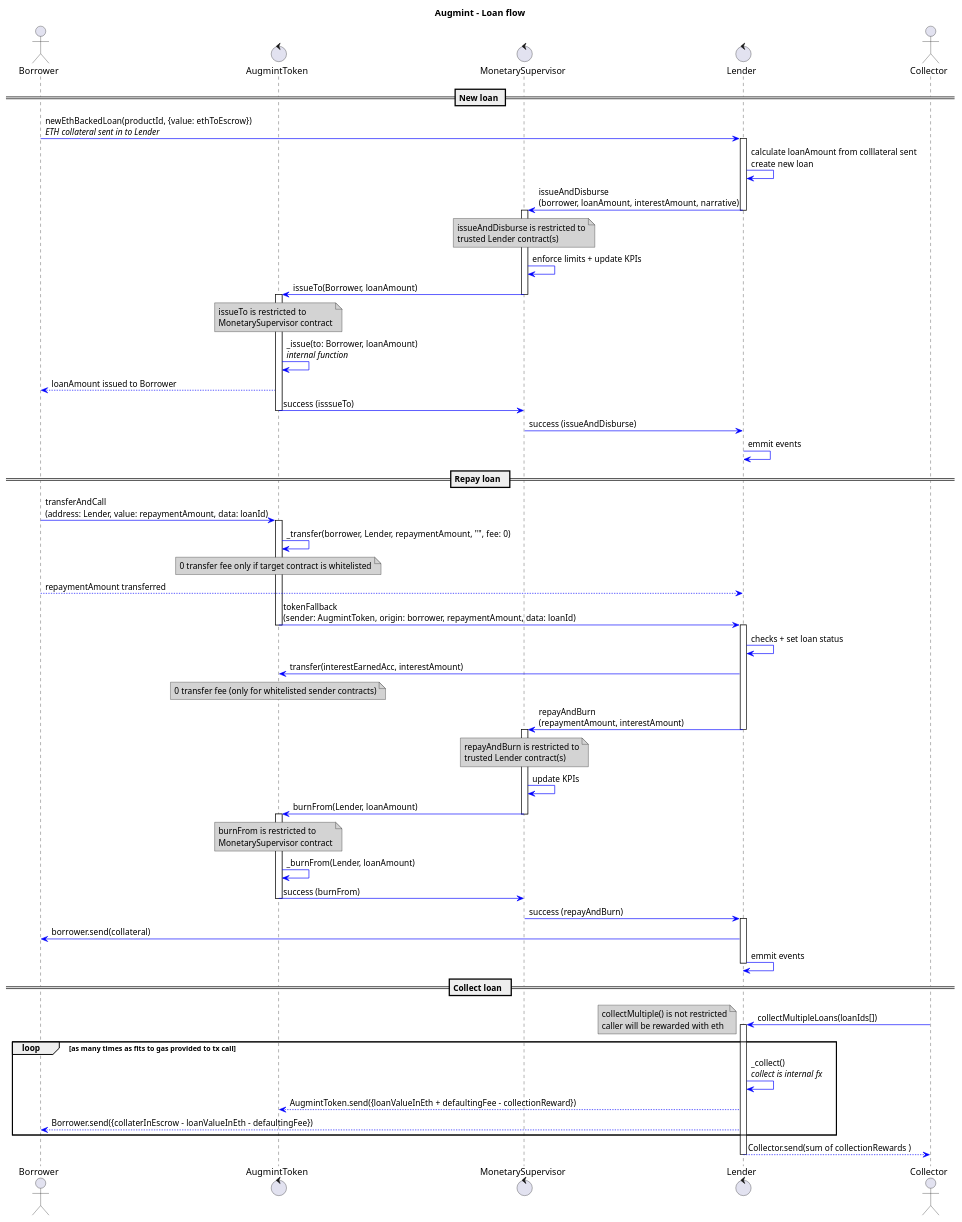
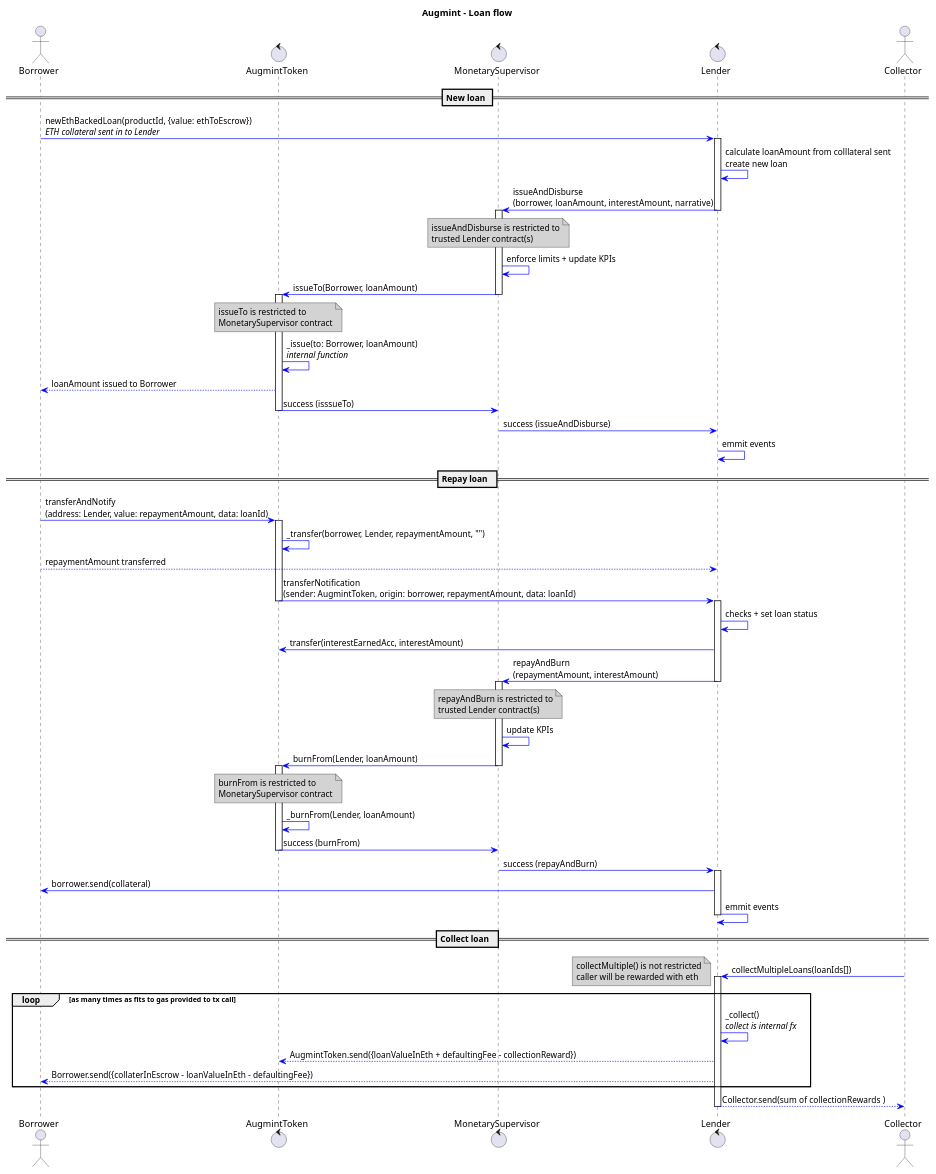
The diagram in docs/loanFlow.plantuml (Augmint/augmint-contracts), drawn with PlantUML before and after one commit. The commit also changed 5 other files, not shown here.

Commit message:
sequence diagram updates as discussed (fx names and 0 fee) #2

```diff
--- a/docs/loanFlow.plantuml
+++ b/docs/loanFlow.plantuml
@@ -1,107 +1,99 @@
 @startuml
 title **Augmint** - Loan flow
 skinparam ArrowColor #blue
 skinparam noteBackgroundColor #lightgrey
 
 actor Borrower
 control AugmintToken
 control MonetarySupervisor
 control Lender
 actor Collector
 
 == New loan ==
 Borrower -> Lender : newEthBackedLoan(productId, {value: ethToEscrow})\n//ETH collateral sent in to Lender//
 
 activate Lender
     Lender -> Lender : calculate loanAmount from colllateral sent\ncreate new loan
     Lender -> MonetarySupervisor : issueAndDisburse\n(borrower, loanAmount, interestAmount, narrative)
 deactivate Lender
 
 activate MonetarySupervisor
     note over MonetarySupervisor
         issueAndDisburse is restricted to
         trusted Lender contract(s)
     end note
     MonetarySupervisor -> MonetarySupervisor : enforce limits + update KPIs
     MonetarySupervisor -> AugmintToken : issueTo(Borrower, loanAmount)
 deactivate MonetarySupervisor
 
 activate AugmintToken
     note over AugmintToken
         issueTo is restricted to
         MonetarySupervisor contract
     end note
     AugmintToken -> AugmintToken : _issue(to: Borrower, loanAmount)\n//internal function//
     AugmintToken --> Borrower : loanAmount issued to Borrower
     AugmintToken -> MonetarySupervisor : success (isssueTo)
 deactivate AugmintToken
 
 MonetarySupervisor -> Lender : success (issueAndDisburse)
 
 Lender -> Lender : emmit events
 
-
-
 == Repay loan  ==
-Borrower -> AugmintToken : transferAndCall\n(address: Lender, value: repaymentAmount, data: loanId)
+Borrower -> AugmintToken : transferAndNotify\n(address: Lender, value: repaymentAmount, data: loanId)
 
 activate AugmintToken
-    AugmintToken -> AugmintToken : _transfer(borrower, Lender, repaymentAmount, "", fee: 0)
-    note over AugmintToken
-        0 transfer fee only if target contract is whitelisted
-    end note
+    AugmintToken -> AugmintToken : _transfer(borrower, Lender, repaymentAmount, "")
     Borrower --> Lender : repaymentAmount transferred
-    AugmintToken -> Lender : tokenFallback\n(sender: AugmintToken, origin: borrower, repaymentAmount, data: loanId)
+    AugmintToken -> Lender : transferNotification\n(sender: AugmintToken, origin: borrower, repaymentAmount, data: loanId)
 deactivate AugmintToken
 
 activate Lender
     Lender -> Lender : checks + set loan status
     Lender -> AugmintToken : transfer(interestEarnedAcc, interestAmount)
-    note over AugmintToken
-        0 transfer fee (only for whitelisted sender contracts)
-    end note
     Lender -> MonetarySupervisor : repayAndBurn\n(repaymentAmount, interestAmount)
     note over MonetarySupervisor
         repayAndBurn is restricted to
         trusted Lender contract(s)
     end note
 deactivate Lender
 
 activate MonetarySupervisor
     MonetarySupervisor -> MonetarySupervisor : update KPIs
     MonetarySupervisor -> AugmintToken : burnFrom(Lender, loanAmount)
     note over AugmintToken
         burnFrom is restricted to
         MonetarySupervisor contract
     end note
 deactivate MonetarySupervisor
 
 activate AugmintToken
     AugmintToken -> AugmintToken : _burnFrom(Lender, loanAmount)
     AugmintToken -> MonetarySupervisor : success (burnFrom)
 deactivate AugmintToken
 
 MonetarySupervisor -> Lender : success (repayAndBurn)
 
 activate Lender
 Lender -> Borrower : borrower.send(collateral)
 Lender -> Lender : emmit events
 deactivate Lender
 
 == Collect loan  ==
 Collector -> Lender : collectMultipleLoans(loanIds[])
 note left
     collectMultiple() is not restricted
     caller will be rewarded with eth
 end note
 activate Lender
 
 loop as many times as fits to gas provided to tx call
     Lender -> Lender : _collect()\n//collect is internal fx//
     Lender --> AugmintToken : AugmintToken.send({loanValueInEth + defaultingFee - collectionReward})
     Lender --> Borrower : Borrower.send({collaterInEscrow - loanValueInEth - defaultingFee})
 end
 Lender --> Collector : Collector.send(sum of collectionRewards )
 
 deactivate Lender
 @enduml
```
